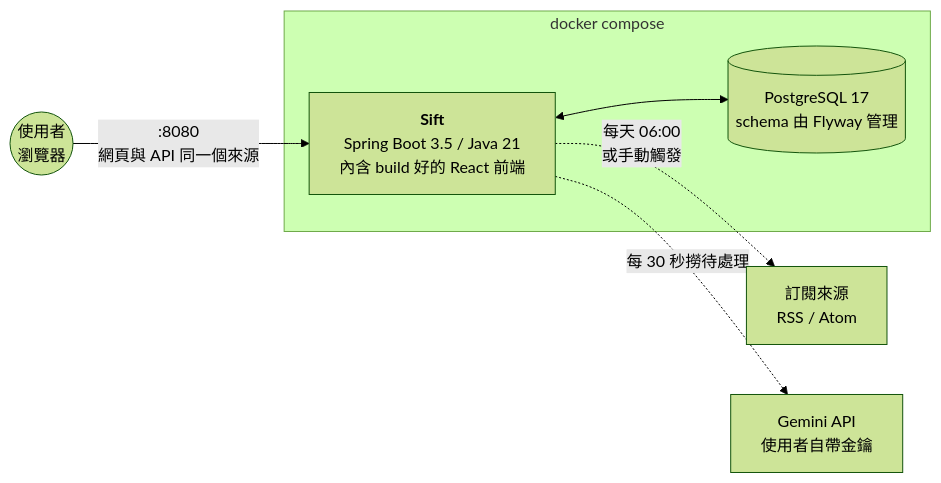
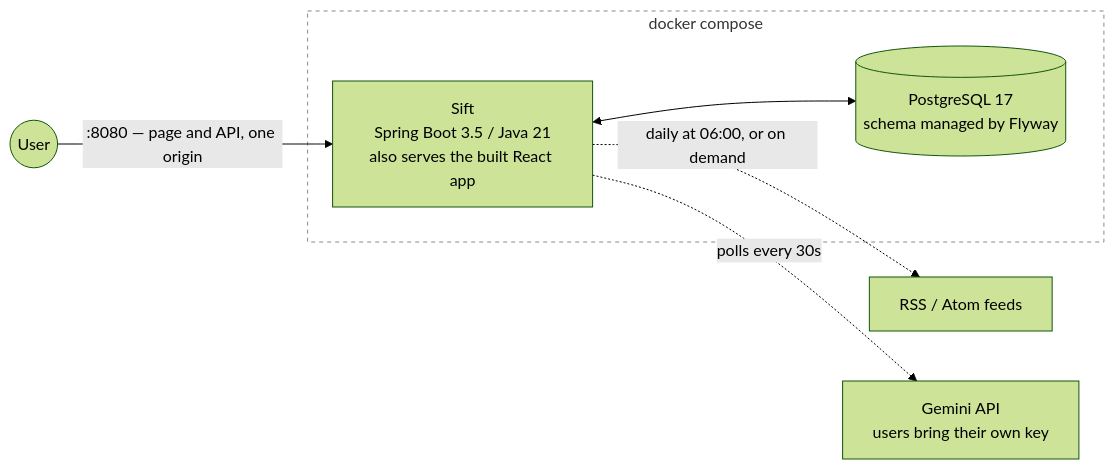
The first of 2 diagrams in README.md (domitoast/sift), drawn with Mermaid (forest theme) before and after one commit. The commit also changed other lines of this file and 16 other files, not shown here.

````diff
--- a/README.md
+++ b/README.md
@@ -11,17 +13,19 @@
 ```mermaid
 flowchart LR
-    U(("使用者<br/>瀏覽器"))
+    U(("User"))
 
-    subgraph docker["docker compose"]
-        APP["<b>Sift</b><br/>Spring Boot 3.5 / Java 21<br/>內含 build 好的 React 前端"]
-        DB[("PostgreSQL 17<br/>schema 由 Flyway 管理")]
+    subgraph docker[" docker compose "]
+        APP["Sift<br/>Spring Boot 3.5 / Java 21<br/>also serves the built React app"]
+        DB[("PostgreSQL 17<br/>schema managed by Flyway")]
     end
 
-    RSS["訂閱來源<br/>RSS / Atom"]
-    LLM["Gemini API<br/>使用者自帶金鑰"]
+    RSS["RSS / Atom feeds"]
+    LLM["Gemini API<br/>users bring their own key"]
 
-    U -->|":8080<br/>網頁與 API 同一個來源"| APP
+    U -->|":8080 — page and API, one origin"| APP
     APP <--> DB
-    APP -.->|"每天 06:00<br/>或手動觸發"| RSS
-    APP -.->|"每 30 秒撈待處理"| LLM
+    APP -.->|"daily at 06:00, or on demand"| RSS
+    APP -.->|"polls every 30s"| LLM
+
+    style docker fill:none,stroke:#888,stroke-width:1px,stroke-dasharray:4 4
 ```
````
